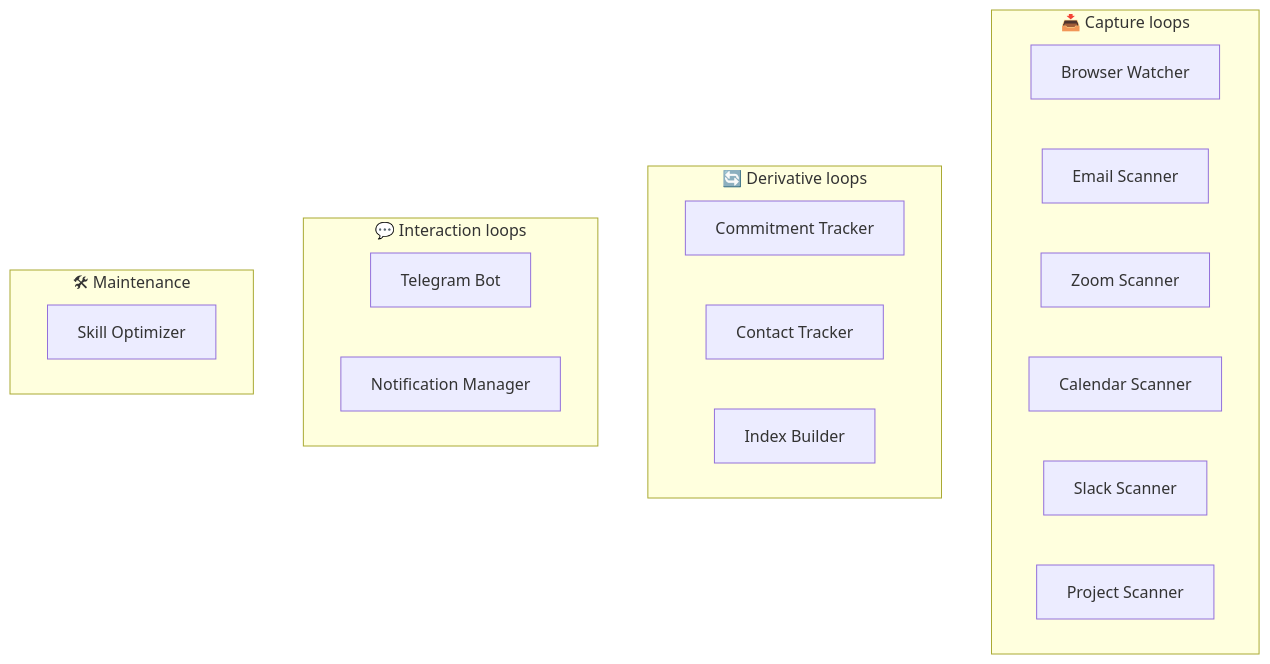
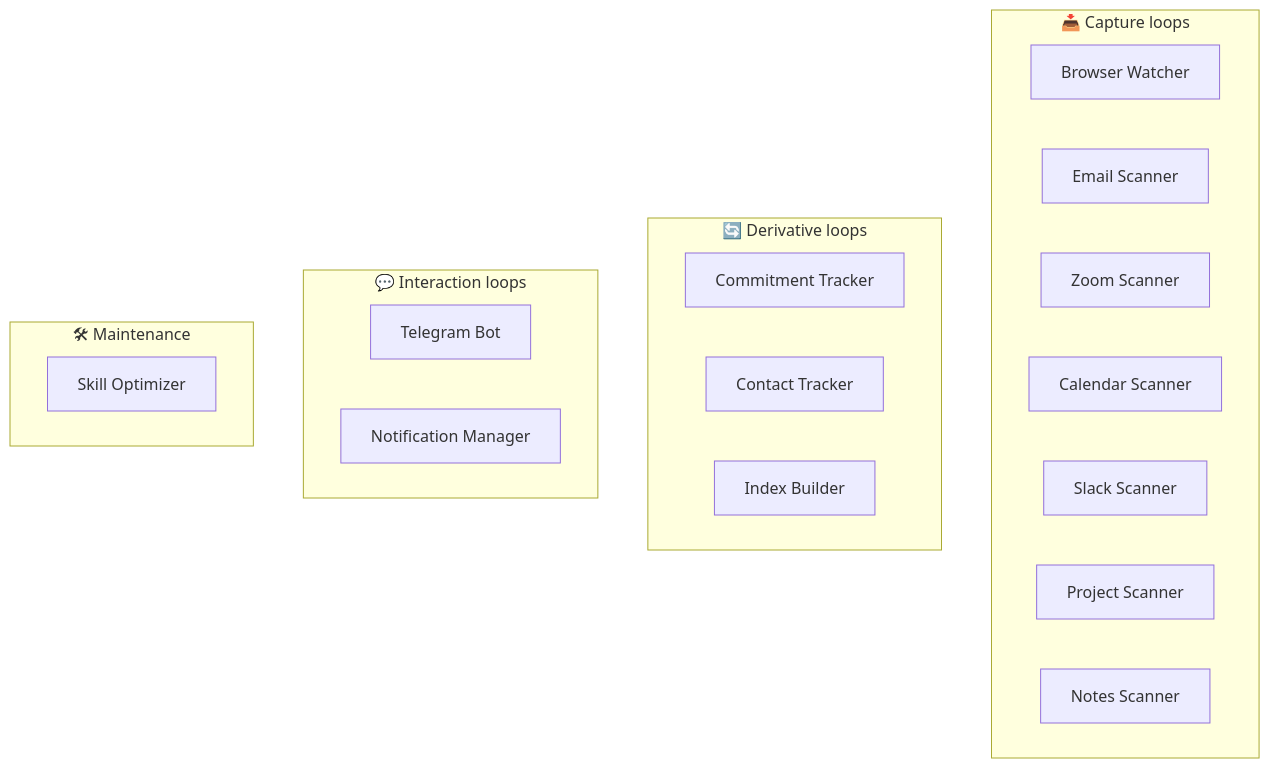
One commit to chrisbrobertson/felix changed the second of 9 diagrams in README.md. Above: the diagram before and after it, drawn with Mermaid. The commit also changed other lines of this file and 11 other files, not shown here.

First line of the commit message:
feat(notes): Apple Notes scanner with /notes command (#117)

````diff
--- a/README.md
+++ b/README.md
@@ -98,23 +98,24 @@
 ```mermaid
 graph TB
     subgraph CAPTURE["📥 Capture loops"]
         BW[Browser Watcher]
         ES[Email Scanner]
         ZS[Zoom Scanner]
         CS[Calendar Scanner]
         SS[Slack Scanner]
         PS[Project Scanner]
+        NS[Notes Scanner]
     end
     subgraph DERIVE["🔄 Derivative loops"]
         CT[Commitment Tracker]
         CON[Contact Tracker]
         IB[Index Builder]
     end
     subgraph INTERACT["💬 Interaction loops"]
         TG[Telegram Bot]
         NM[Notification Manager]
     end
     subgraph MAINTAIN["🛠 Maintenance"]
         SO[Skill Optimizer]
     end
 ```
````
